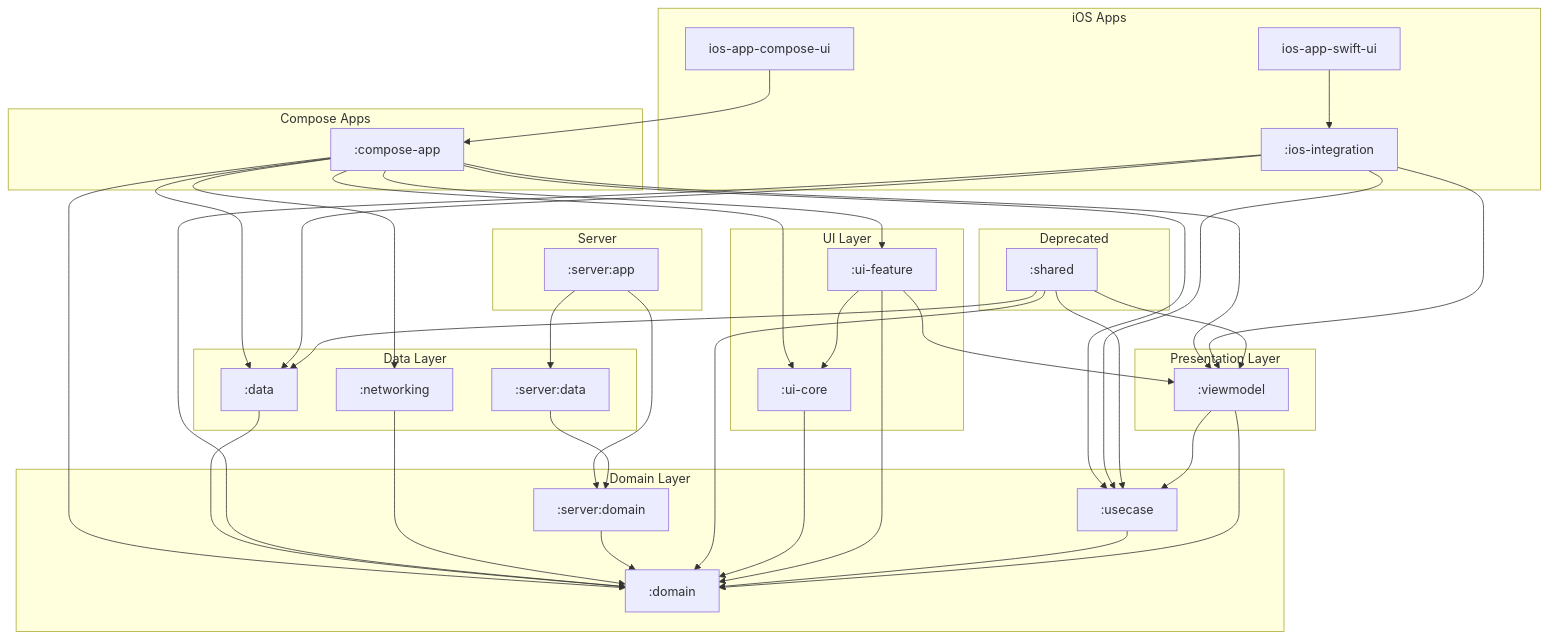
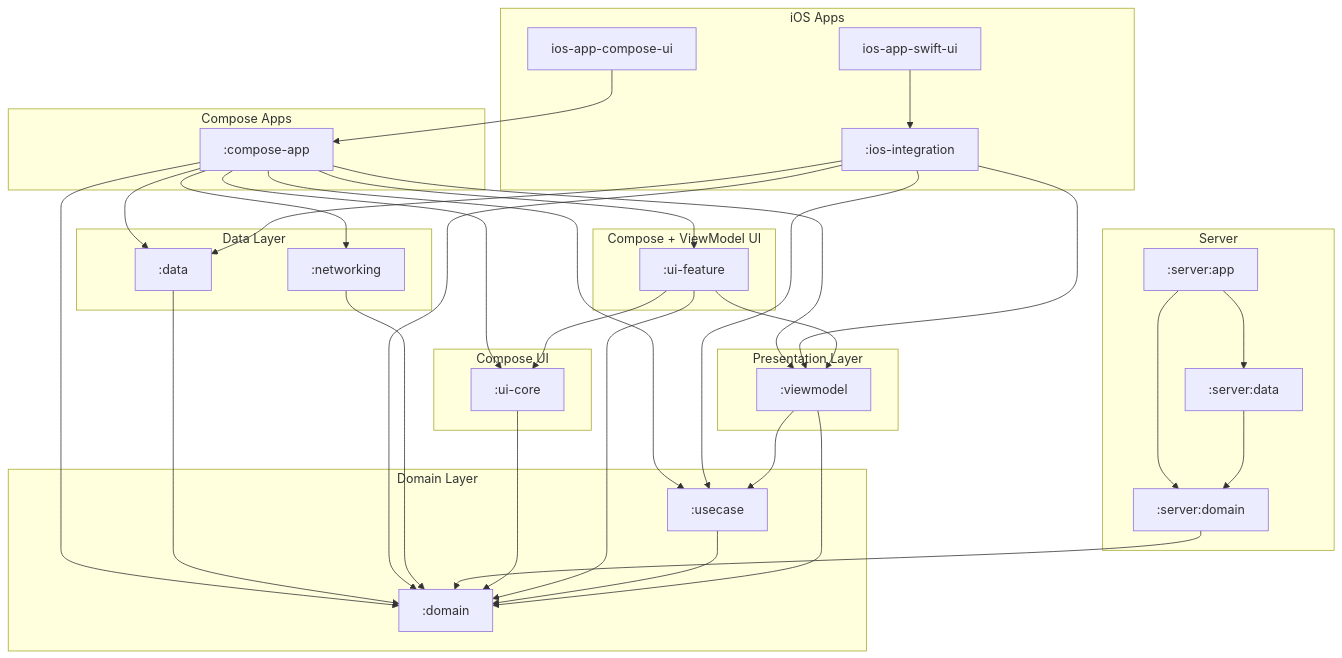
The diagram in docs/diagrams/full_system_structure.mmd (cartland/battery-butler), drawn with Mermaid before and after one commit.

Commit message:
Msg: Update architecture diagram with Server grouping and new UI structure

```diff
--- a/docs/diagrams/full_system_structure.mmd
+++ b/docs/diagrams/full_system_structure.mmd
@@ -1,84 +1,80 @@
 graph TD
     subgraph "iOS Apps"
         IosIntegration[":ios-integration"]
         Ios-app-compose-ui["ios-app-compose-ui"]
         Ios-app-swift-ui["ios-app-swift-ui"]
     end
 
     subgraph "Compose Apps"
         ComposeApp[":compose-app"]
     end
 
     subgraph "Server"
         ServerApp[":server:app"]
+        ServerData[":server:data"]
+        ServerDomain[":server:domain"]
     end
 
-    subgraph "UI Layer"
+    subgraph "Compose UI"
         UICore[":ui-core"]
+    end
+
+    subgraph "Compose + ViewModel UI"
         UIFeature[":ui-feature"]
     end
 
     subgraph "Presentation Layer"
         ViewModel[":viewmodel"]
     end
 
     subgraph "Domain Layer"
         Domain[":domain"]
-        ServerDomain[":server:domain"]
         UseCase[":usecase"]
     end
 
     subgraph "Data Layer"
         Data[":data"]
         Networking[":networking"]
-        ServerData[":server:data"]
-    end
-
-    subgraph "Deprecated"
-        Shared[":shared"]
     end
 
     %% Dependencies
     ComposeApp --> Data
     ComposeApp --> Domain
     ComposeApp --> Networking
     ComposeApp --> UICore
     ComposeApp --> UIFeature
     ComposeApp --> UseCase
     ComposeApp --> ViewModel
 
     Data --> Domain
 
     IosIntegration --> Data
     IosIntegration --> Domain
     IosIntegration --> UseCase
     IosIntegration --> ViewModel
 
     Networking --> Domain
 
     ServerApp --> ServerData
     ServerApp --> ServerDomain
 
     ServerData --> ServerDomain
 
     ServerDomain --> Domain
 
-    Shared --> Data
-    Shared --> Domain
-    Shared --> UseCase
-    Shared --> ViewModel
+
 
     UICore --> Domain
 
     UIFeature --> Domain
     UIFeature --> UICore
     UIFeature --> ViewModel
 
     UseCase --> Domain
 
     ViewModel --> Domain
     ViewModel --> UseCase
 
     Ios-app-compose-ui --> ComposeApp
 
     Ios-app-swift-ui --> IosIntegration
```
